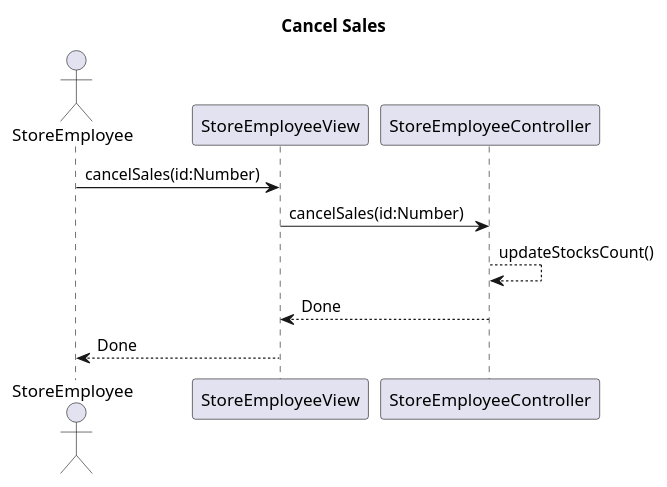
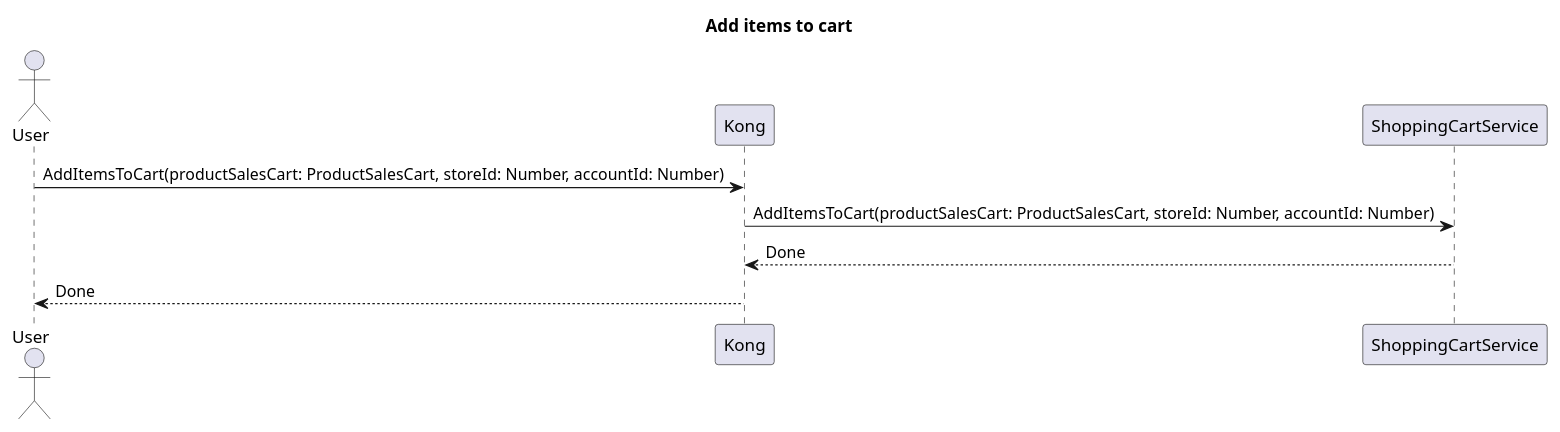
One commit to ThePhobosDeimosSuite/laboratoire-0_log430 changed diagram 14 of 20 in docs/rapport.md. Above: the diagram before and after it, drawn with PlantUML. The commit also changed other lines of this file and 21 other files, not shown here.

```diff
--- a/docs/rapport.md
+++ b/docs/rapport.md
@@ -255,10 +543,9 @@
-@startuml cancel-sales
-title Cancel Sales
-actor StoreEmployee
+@startuml add-item-to-cart
+title Add items to cart
+actor User
 
-StoreEmployee -> StoreEmployeeView : cancelSales(id:Number)
-StoreEmployeeView -> StoreEmployeeController : cancelSales(id:Number)
-StoreEmployeeController --> StoreEmployeeController : updateStocksCount()
-StoreEmployeeController --> StoreEmployeeView : Done
-StoreEmployeeView --> StoreEmployee : Done
+User -> Kong : AddItemsToCart(productSalesCart: ProductSalesCart, storeId: Number, accountId: Number)
+Kong -> ShoppingCartService : AddItemsToCart(productSalesCart: ProductSalesCart, storeId: Number, accountId: Number)
+ShoppingCartService --> Kong : Done
+Kong --> User : Done
 @enduml
```
